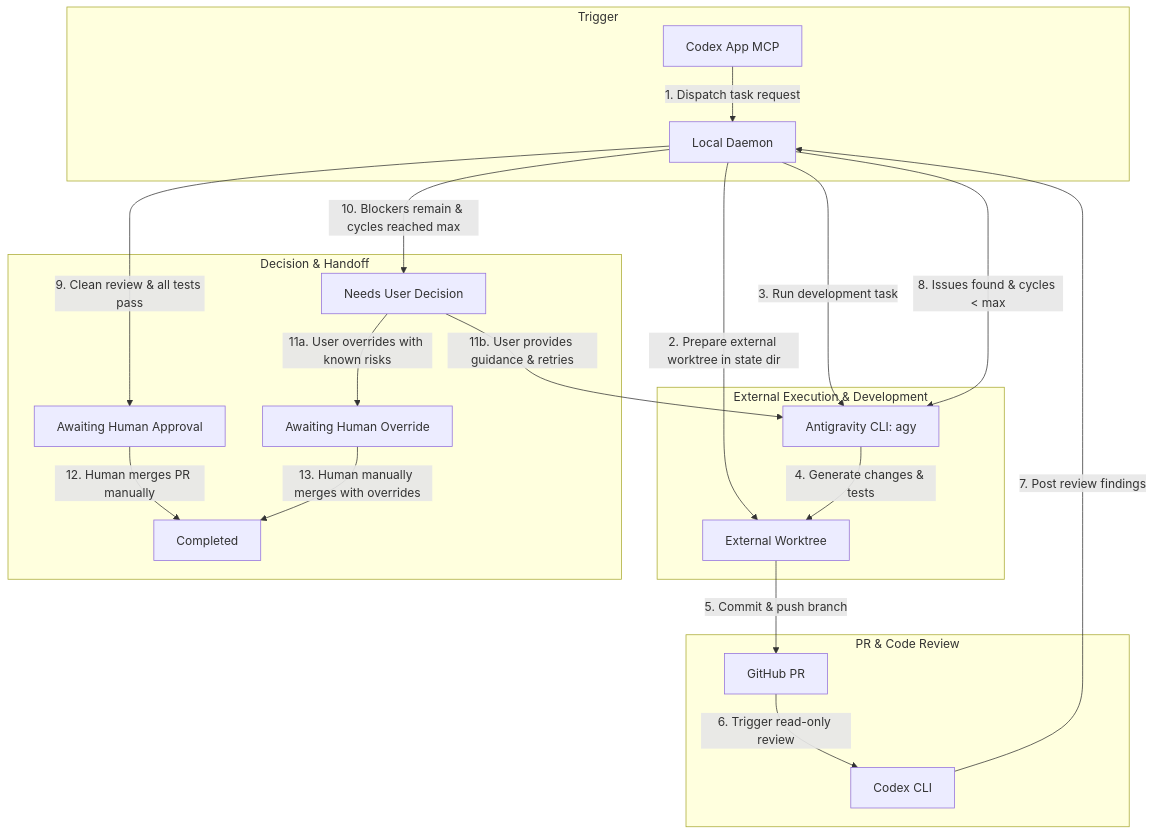
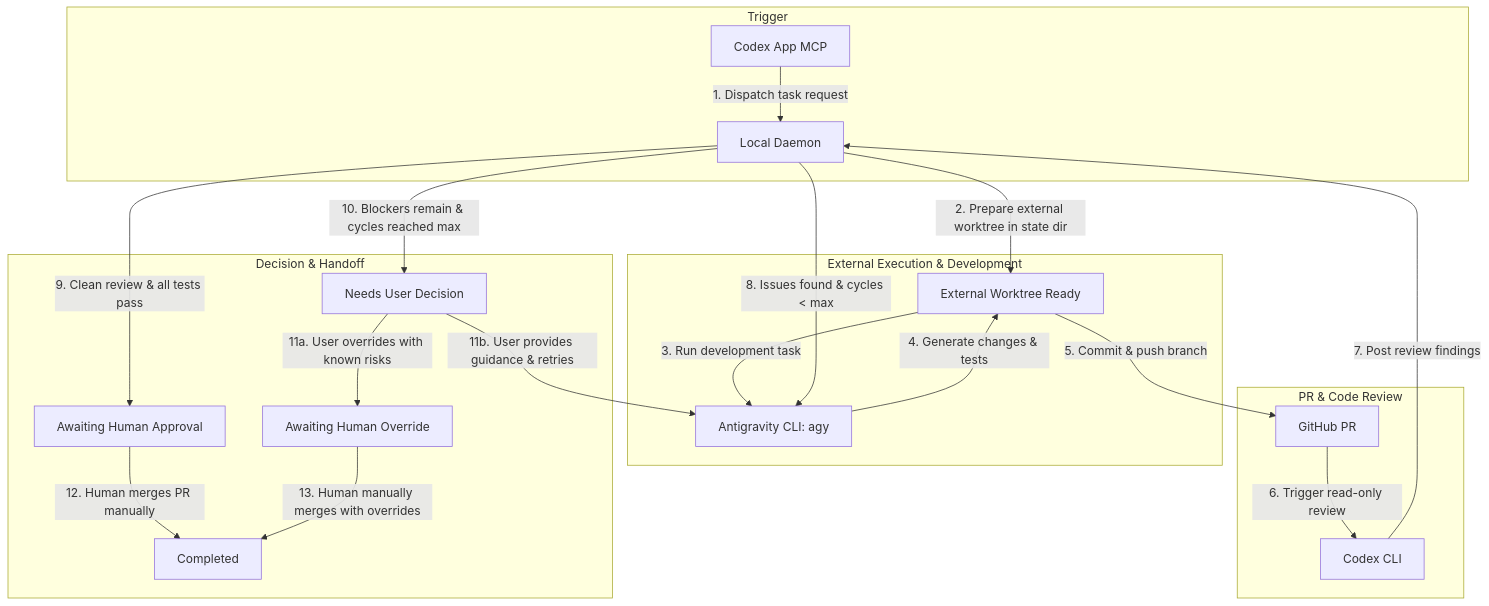
The diagram in README.md (echoleesong/codex-anti-orchestrator), drawn with Mermaid before and after one commit. The commit also changed 12 other files, not shown here.

````diff
--- a/README.md
+++ b/README.md
@@ -13,28 +13,28 @@
 ```mermaid
 flowchart TD
     subgraph Trigger
         A[Codex App MCP] -->|1. Dispatch task request| B[Local Daemon]
     end
 
     subgraph External Execution & Development
-        B -->|2. Prepare external worktree in state dir| C[External Worktree]
-        B -->|3. Run development task| D[Antigravity CLI: agy]
+        B -->|2. Prepare external worktree in state dir| C[External Worktree Ready]
+        C -->|3. Run development task| D[Antigravity CLI: agy]
         D -->|4. Generate changes & tests| C
     end
 
     subgraph PR & Code Review
         C -->|5. Commit & push branch| E[GitHub PR]
         E -->|6. Trigger read-only review| F[Codex CLI]
         F -->|7. Post review findings| B
     end
 
     subgraph Decision & Handoff
         B -->|8. Issues found & cycles < max| D
         B -->|9. Clean review & all tests pass| G[Awaiting Human Approval]
         B -->|10. Blockers remain & cycles reached max| H[Needs User Decision]
         H -->|11a. User overrides with known risks| J[Awaiting Human Override]
         H -->|11b. User provides guidance & retries| D
         G -->|12. Human merges PR manually| I[Completed]
         J -->|13. Human manually merges with overrides| I
     end
 ```
````
